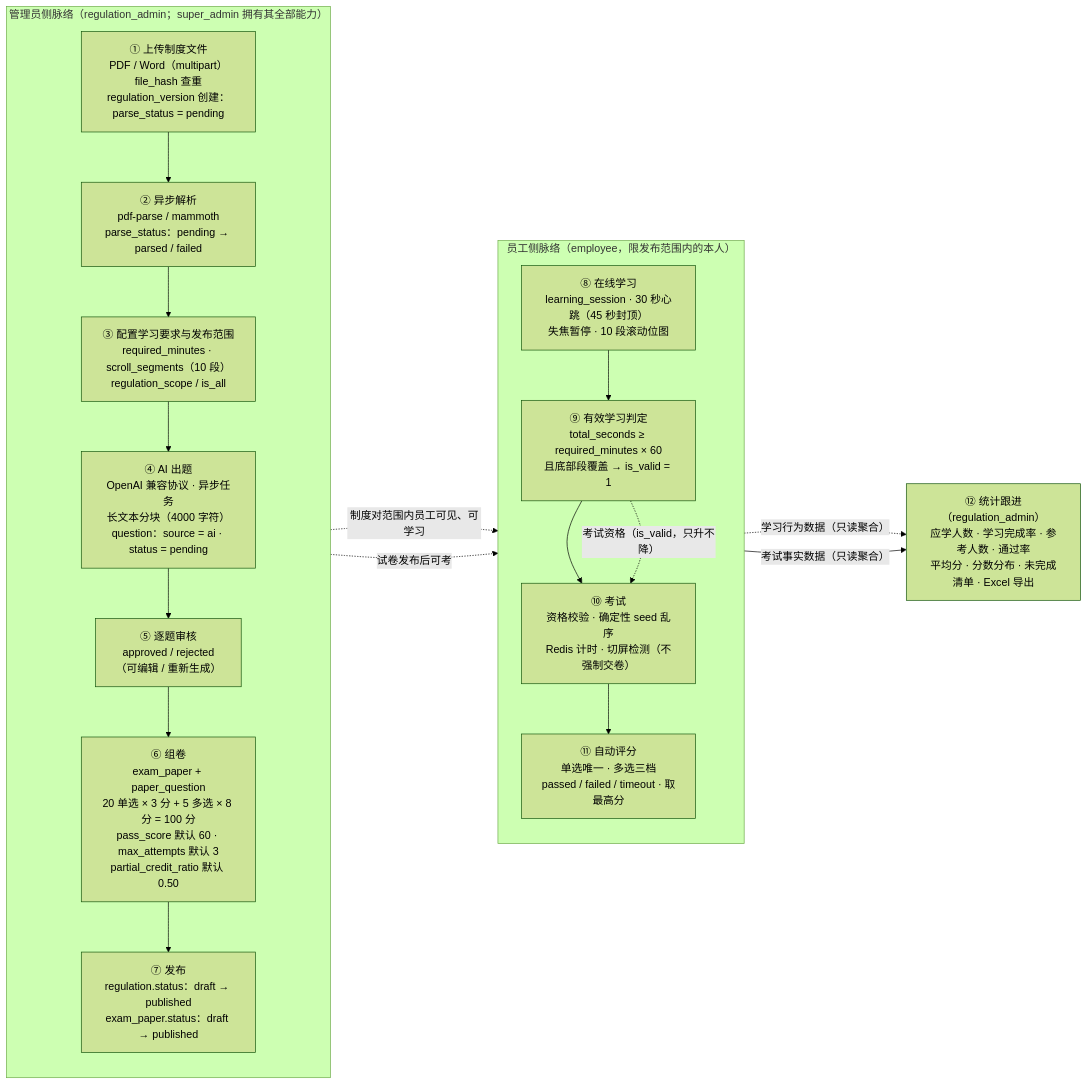
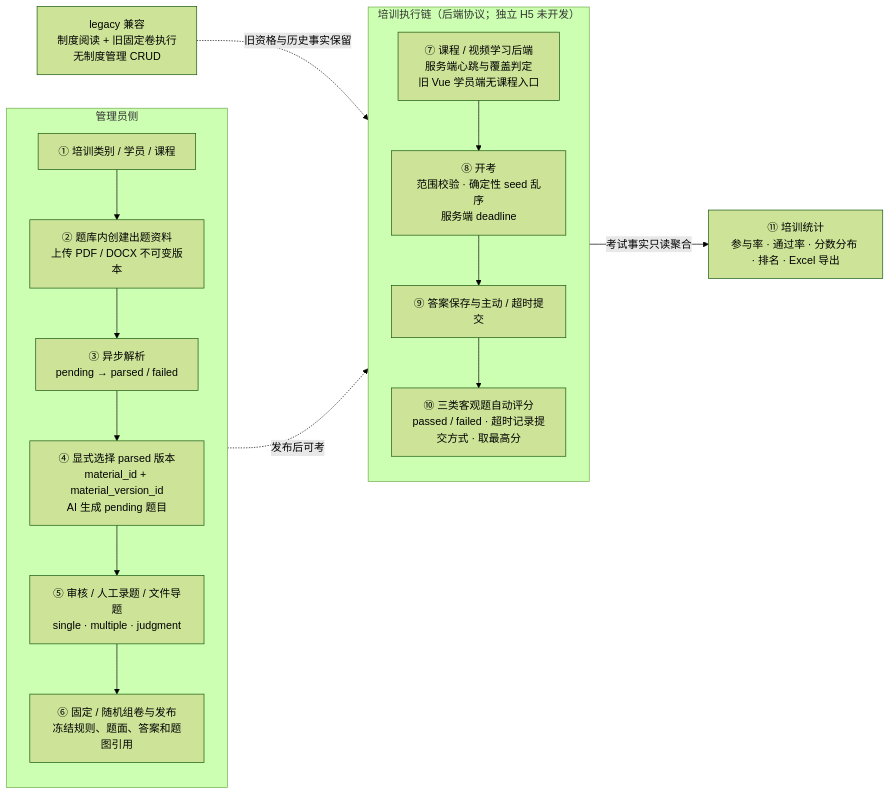
One commit to caoguanjie/emodor-exam changed the first of 23 diagrams in docs/design/06-关键流程.md. Above: the diagram before and after it, drawn with Mermaid (forest theme). The commit also changed other lines of this file and 181 other files, not shown here.

````diff
--- a/docs/design/06-关键流程.md
+++ b/docs/design/06-关键流程.md
@@ -17,31 +17,29 @@
 ```mermaid
 flowchart LR
-    subgraph LANE_A["管理员侧脉络（regulation_admin；super_admin 拥有其全部能力）"]
+    subgraph LANE_A["管理员侧"]
         direction TB
-        A1["① 上传制度文件<br/>PDF / Word（multipart）<br/>file_hash 查重<br/>regulation_version 创建：parse_status = pending"]
-        A2["② 异步解析<br/>pdf-parse / mammoth<br/>parse_status：pending → parsed / failed"]
-        A3["③ 配置学习要求与发布范围<br/>required_minutes · scroll_segments（10 段）<br/>regulation_scope / is_all"]
-        A4["④ AI 出题<br/>OpenAI 兼容协议 · 异步任务<br/>长文本分块（4000 字符）<br/>question：source = ai · status = pending"]
-        A5["⑤ 逐题审核<br/>approved / rejected<br/>（可编辑 / 重新生成）"]
-        A6["⑥ 组卷<br/>exam_paper + paper_question<br/>20 单选 × 3 分 + 5 多选 × 8 分 = 100 分<br/>pass_score 默认 60 · max_attempts 默认 3<br/>partial_credit_ratio 默认 0.50"]
-        A7["⑦ 发布<br/>regulation.status：draft → published<br/>exam_paper.status：draft → published"]
-        A1 --> A2 --> A3 --> A4 --> A5 --> A6 --> A7
+        A0["① 培训类别 / 学员 / 课程"]
+        A1["② 题库内创建出题资料<br/>上传 PDF / DOCX 不可变版本"]
+        A2["③ 异步解析<br/>pending → parsed / failed"]
+        A3["④ 显式选择 parsed 版本<br/>material_id + material_version_id<br/>AI 生成 pending 题目"]
+        A4["⑤ 审核 / 人工录题 / 文件导题<br/>single · multiple · judgment"]
+        A5["⑥ 固定 / 随机组卷与发布<br/>冻结规则、题面、答案和题图引用"]
+        A0 --> A1 --> A2 --> A3 --> A4 --> A5
     end
 
-    subgraph LANE_E["员工侧脉络（employee，限发布范围内的本人）"]
+    subgraph LANE_E["培训执行链（后端协议；独立 H5 未开发）"]
         direction TB
-        E1["⑧ 在线学习<br/>learning_session · 30 秒心跳（45 秒封顶）<br/>失焦暂停 · 10 段滚动位图"]
-        E2["⑨ 有效学习判定<br/>total_seconds ≥ required_minutes × 60<br/>且底部段覆盖 → is_valid = 1"]
-        E3["⑩ 考试<br/>资格校验 · 确定性 seed 乱序<br/>Redis 计时 · 切屏检测（不强制交卷）"]
-        E4["⑪ 自动评分<br/>单选唯一 · 多选三档<br/>passed / failed / timeout · 取最高分"]
+        E1["⑦ 课程 / 视频学习后端<br/>服务端心跳与覆盖判定<br/>旧 Vue 学员端无课程入口"]
+        E2["⑧ 开考<br/>范围校验 · 确定性 seed 乱序<br/>服务端 deadline"]
+        E3["⑨ 答案保存与主动 / 超时提交"]
+        E4["⑩ 三类客观题自动评分<br/>passed / failed · 超时记录提交方式 · 取最高分"]
         E1 --> E2 --> E3 --> E4
     end
 
-    S["⑫ 统计跟进（regulation_admin）<br/>应学人数 · 学习完成率 · 参考人数 · 通过率<br/>平均分 · 分数分布 · 未完成清单 · Excel 导出"]
+    S["⑪ 培训统计<br/>参与率 · 通过率 · 分数分布 · 排名 · Excel 导出"]
+    L["legacy 兼容<br/>制度阅读 + 旧固定卷执行<br/>无制度管理 CRUD"]
 
-    A7 -.->|"制度对范围内员工可见、可学习"| E1
-    A7 -.->|"试卷发布后可考"| E3
-    E2 -.->|"考试资格（is_valid，只升不降）"| E3
-    E2 -.->|"学习行为数据（只读聚合）"| S
-    E4 -->|"考试事实数据（只读聚合）"| S
+    A5 -.->|"发布后可考"| E2
+    E4 -->|"考试事实只读聚合"| S
+    L -.->|"旧资格与历史事实保留"| E2
 ```
````
